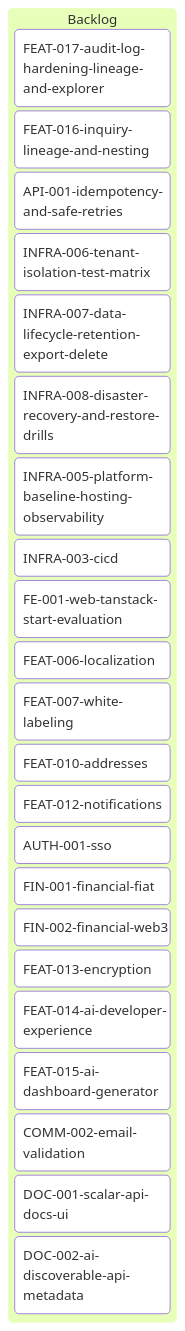
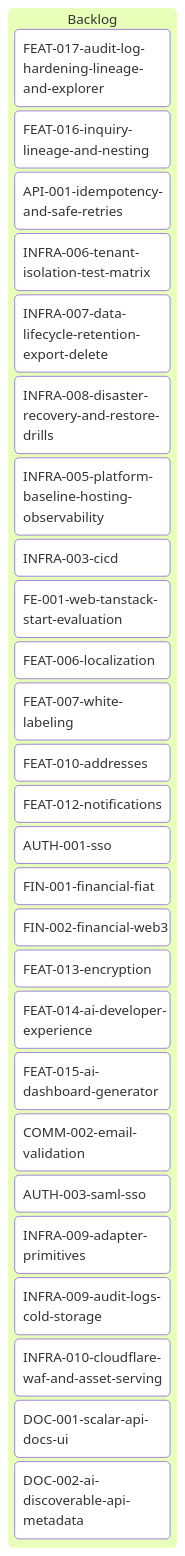
The diagram in tickets/kanban-backlog.md (inixiative/template), drawn with Mermaid before and after one commit. The commit also changed other lines of this file and 8 other files, not shown here.

````diff
--- a/tickets/kanban-backlog.md
+++ b/tickets/kanban-backlog.md
@@ -3,31 +3,35 @@
 ```mermaid
 ---
 config:
   kanban:
     ticketBaseUrl: 'https://github.com/yourorg/template/blob/main/tickets/#TICKET#'
 ---
 kanban
   Backlog
     FEAT-017-audit-log-hardening-lineage-and-explorer
     FEAT-016-inquiry-lineage-and-nesting
     API-001-idempotency-and-safe-retries
     INFRA-006-tenant-isolation-test-matrix
     INFRA-007-data-lifecycle-retention-export-delete
     INFRA-008-disaster-recovery-and-restore-drills
     INFRA-005-platform-baseline-hosting-observability
     INFRA-003-cicd
     FE-001-web-tanstack-start-evaluation
     FEAT-006-localization
     FEAT-007-white-labeling
     FEAT-010-addresses
     FEAT-012-notifications
     AUTH-001-sso
     FIN-001-financial-fiat
     FIN-002-financial-web3
     FEAT-013-encryption
     FEAT-014-ai-developer-experience
     FEAT-015-ai-dashboard-generator
     COMM-002-email-validation
+    AUTH-003-saml-sso
+    INFRA-009-adapter-primitives
+    INFRA-009-audit-logs-cold-storage
+    INFRA-010-cloudflare-waf-and-asset-serving
     DOC-001-scalar-api-docs-ui
     DOC-002-ai-discoverable-api-metadata
 ```
````
